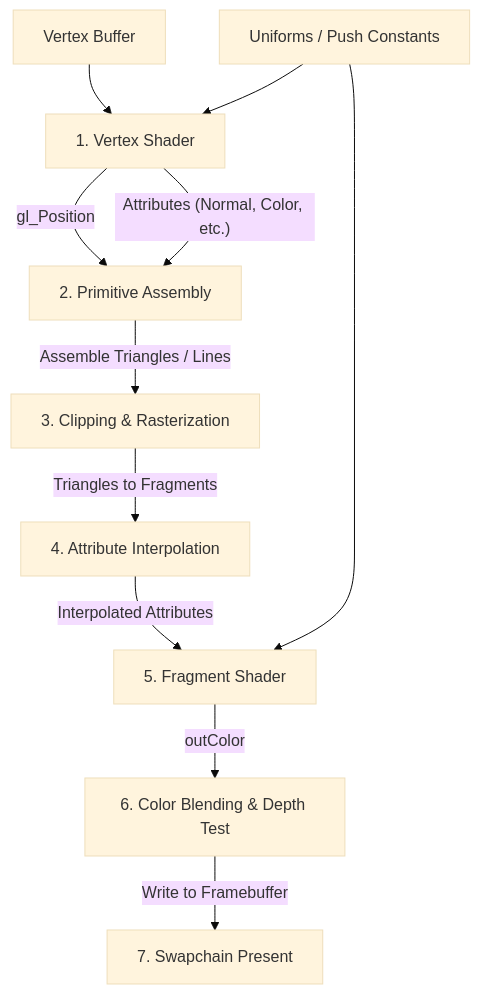
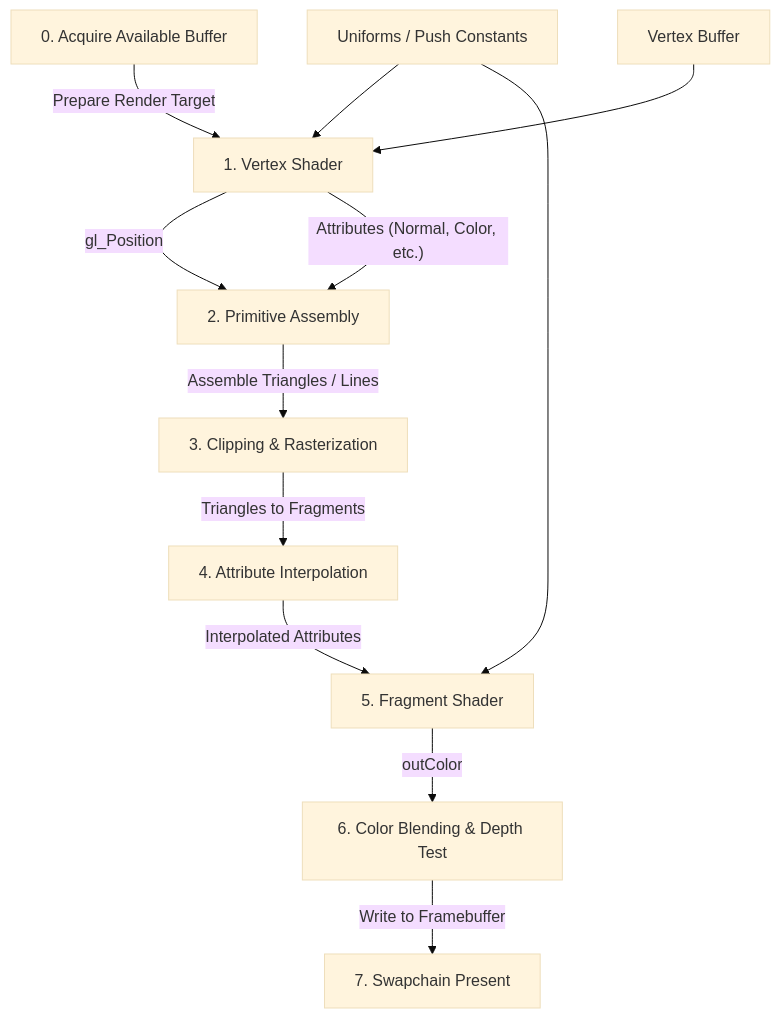
Before and after one commit to lancebai/vulkan-perf-playground: the second of 6 diagrams in vulkan_project_guide.md, drawn with Mermaid (base theme). The commit also changed other lines of this file, not shown here.

````diff
--- a/vulkan_project_guide.md
+++ b/vulkan_project_guide.md
@@ -74,24 +74,27 @@
 ```mermaid
 graph TD
+    %% Frame Start
+    Acq["0. Acquire Available Buffer"] -->|"Prepare Render Target"| VS
+
     %% Input Data
     InputV["Vertex Buffer"] --> VS["1. Vertex Shader"]
     InputU["Uniforms / Push Constants"] --> VS
     InputU --> FS
     
     %% Vertex Shader Phase
     VS -->|"gl_Position"| PA["2. Primitive Assembly"]
     VS -->|"Attributes (Normal, Color, etc.)"| PA
     
     %% Geometry Phase
     PA -->|"Assemble Triangles / Lines"| CL["3. Clipping & Rasterization"]
     
     %% Rasterization Phase
     CL -->|"Triangles to Fragments"| Interp["4. Attribute Interpolation"]
     
     %% Fragment Phase
     Interp -->|"Interpolated Attributes"| FS["5. Fragment Shader"]
     
     %% Outputs
     FS -->|"outColor"| OM["6. Color Blending & Depth Test"]
     OM -->|"Write to Framebuffer"| Output["7. Swapchain Present"]
 ```
````
